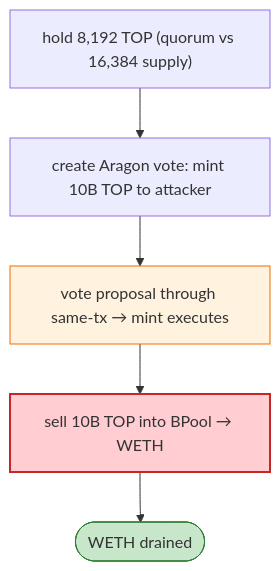
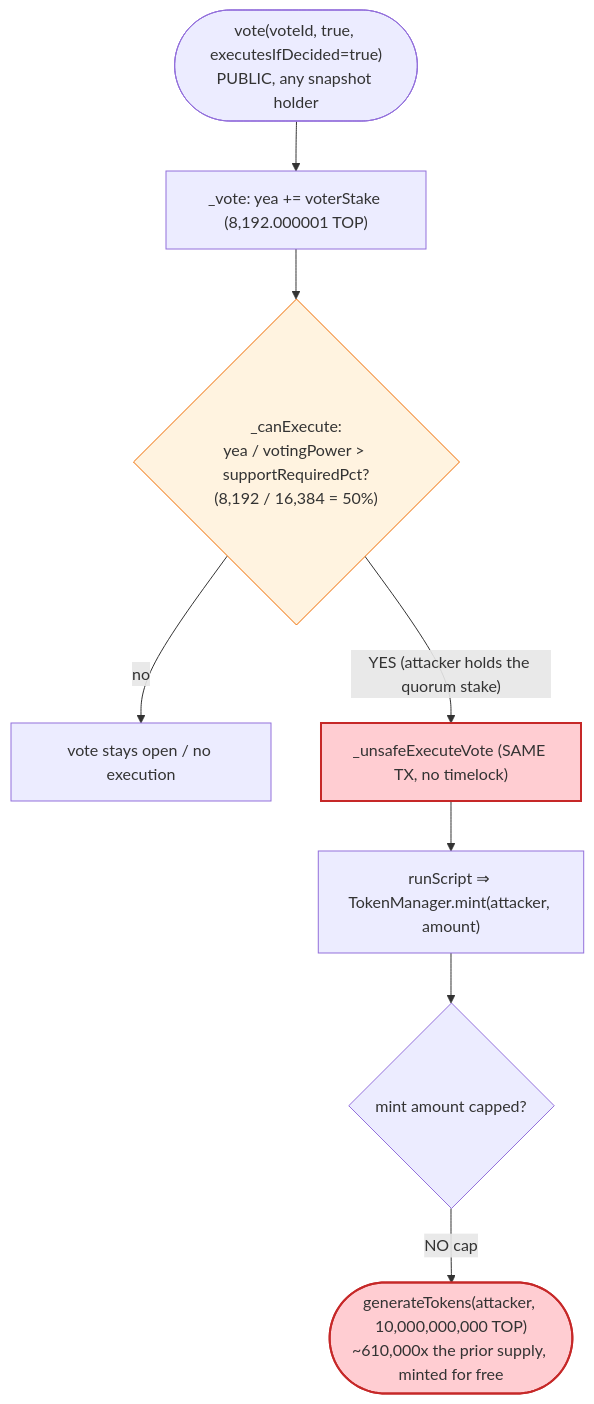
The third of 4 diagrams in 2026-06-TOPBPool_exp/TOPBPool_exp.md (sanbir/evm-hack-registry), drawn with Mermaid before and after one commit. The commit also changed other lines of this file and 32 other files, not shown here.

````diff
--- a/2026-06-TOPBPool_exp/TOPBPool_exp.md
+++ b/2026-06-TOPBPool_exp/TOPBPool_exp.md
@@ -39,11 +395,14 @@
 ```mermaid
 flowchart TD
-    Q["hold 8,192 TOP (quorum vs 16,384 supply)"] --> P["create Aragon vote: mint 10B TOP to attacker"]
-    P --> V["vote proposal through same-tx → mint executes"]
-    V --> S["sell 10B TOP into BPool → WETH"]
-    S --> OUT(["WETH drained"])
+    Start(["vote(voteId, true, executesIfDecided=true)<br/>PUBLIC, any snapshot holder"]) --> Cast["_vote: yea += voterStake (8,192.000001 TOP)"]
+    Cast --> Chk{"_canExecute:<br/>yea / votingPower > supportRequiredPct?<br/>(8,192 / 16,384 = 50%)"}
+    Chk -- "no" --> Wait["vote stays open / no execution"]
+    Chk -- "YES (attacker holds the quorum stake)" --> Exec["_unsafeExecuteVote (SAME TX, no timelock)"]
+    Exec --> Script["runScript ⇒ TokenManager.mint(attacker, amount)"]
+    Script --> Cap{"mint amount capped?"}
+    Cap -- "NO cap" --> Mint(["generateTokens(attacker, 10,000,000,000 TOP)<br/>~610,000x the prior supply, minted for free"])
 
-    style V fill:#fff3e0,stroke:#ef6c00
-    style S fill:#ffcdd2,stroke:#c62828,stroke-width:2px
-    style OUT fill:#c8e6c9,stroke:#2e7d32
+    style Chk fill:#fff3e0,stroke:#ef6c00
+    style Exec fill:#ffcdd2,stroke:#c62828,stroke-width:2px
+    style Mint fill:#ffcdd2,stroke:#c62828,stroke-width:2px
 ```
````
